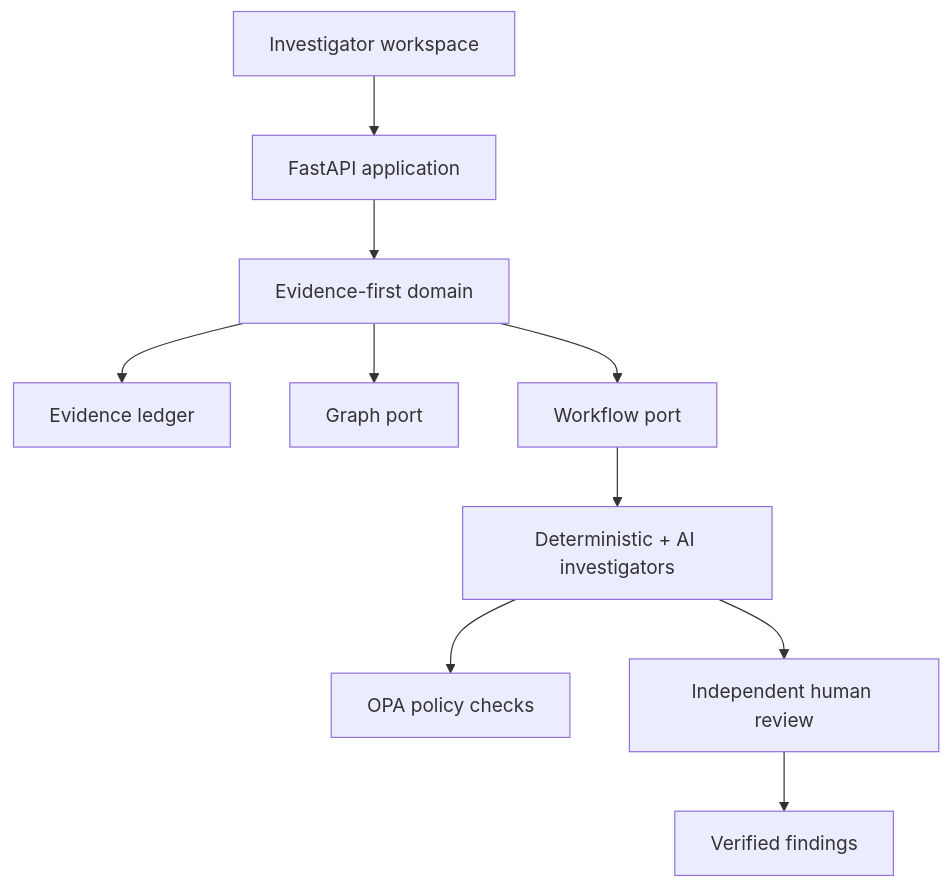
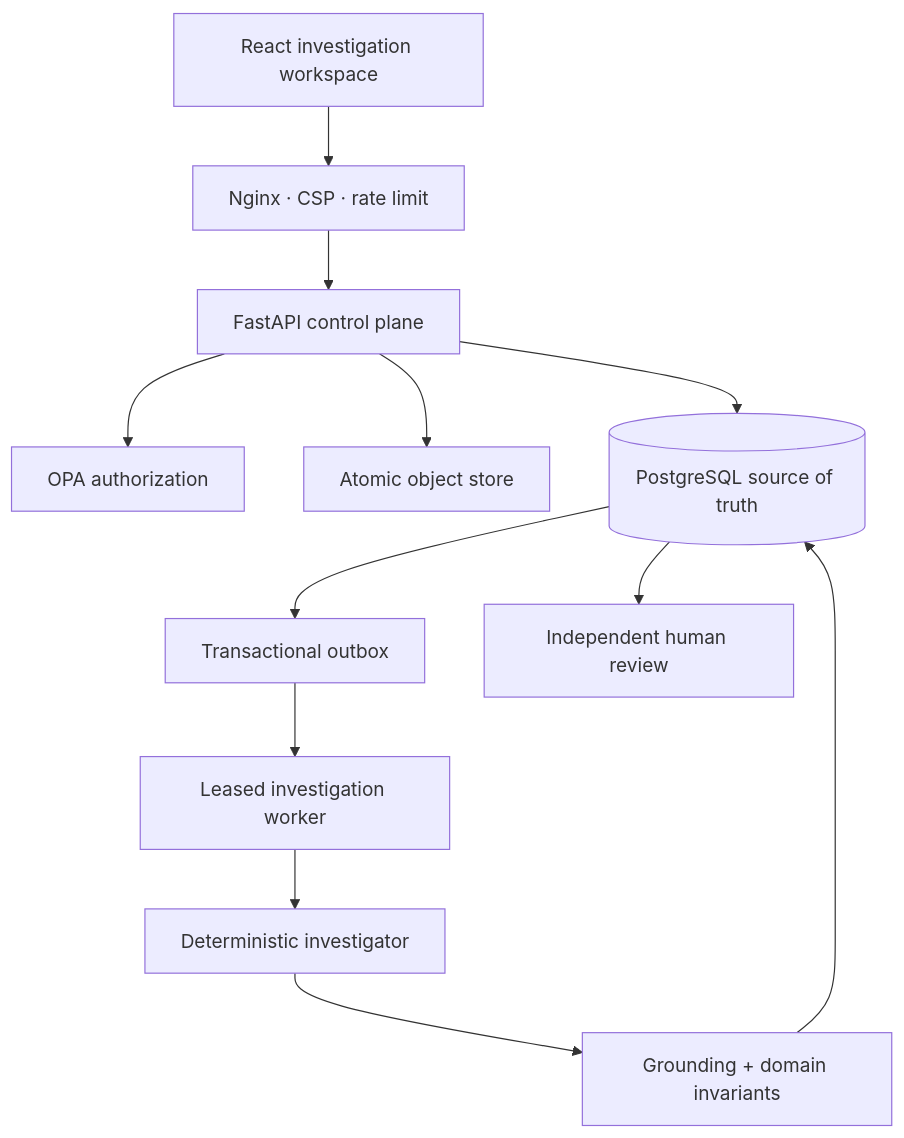
The first of 2 diagrams in docs/architecture.md (Runaway1457/evidencegraph-financial-crime), drawn with Mermaid before and after one commit. The commit also changed other lines of this file and 57 other files, not shown here.

First line of the commit message:
feat: harden the evidence-first investigation runtime (#4)

````diff
--- a/docs/architecture.md
+++ b/docs/architecture.md
@@ -5,12 +7,14 @@
 ```mermaid
-flowchart TD
-  UI["Investigator workspace"] --> API["FastAPI application"]
-  API --> Domain["Evidence-first domain"]
-  Domain --> Ledger["Evidence ledger"]
-  Domain --> Graph["Graph port"]
-  Domain --> Workflow["Workflow port"]
-  Workflow --> Agents["Deterministic + AI investigators"]
-  Agents --> Policy["OPA policy checks"]
-  Agents --> Review["Independent human review"]
-  Review --> Findings["Verified findings"]
+flowchart TB
+  Browser["React investigation workspace"] --> Edge["Nginx · CSP · rate limit"]
+  Edge --> API["FastAPI control plane"]
+  API --> Policy["OPA authorization"]
+  API --> Store["Atomic object store"]
+  API --> DB[("PostgreSQL source of truth")]
+  DB --> Outbox["Transactional outbox"]
+  Outbox --> Worker["Leased investigation worker"]
+  Worker --> Baseline["Deterministic investigator"]
+  Baseline --> Gate["Grounding + domain invariants"]
+  Gate --> DB
+  DB --> Review["Independent human review"]
 ```
````
